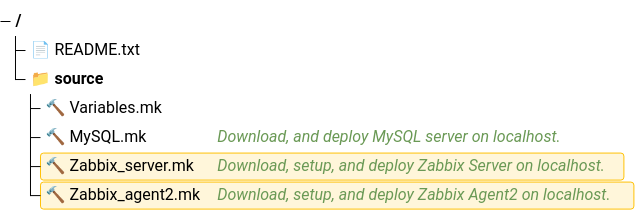
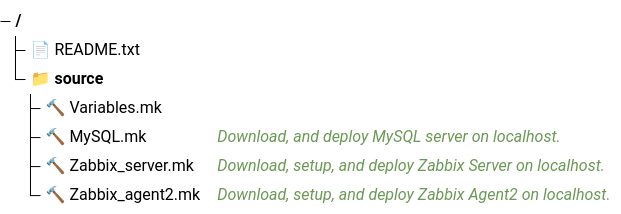
One commit to Zai4ikManiak/Cyber-Security-Study changed the diagram in README.md. Above: the diagram before and after it, drawn with Mermaid.

Commit message:
modified:   README.md

````diff
--- a/README.md
+++ b/README.md
@@ -2,22 +2,15 @@
 ```mermaid
 ---
 config:
-    themeCSS: |
-        .greenHighlight .node-label {
-            background-color: rgba(76, 175, 80, 0.2) !important;
-            border: 1px solid #4CAF50 !important;
-            padding: 2px 6px;
-            border-radius: 4px;
-        }
     treeView:
         showIcons: false
         defaultIconPack: material-icon-theme
 ---
 treeView-beta
     📄 README.txt
     📁 source/ 
         🔨 Variables.mk
-        🔨 MySQL.mk :::greenHighlight ## Download, and deploy MySQL server on localhost.
-        🔨 Zabbix_server.mk :::highlight ## Download, setup, and deploy Zabbix Server on localhost.
-        🔨 Zabbix_agent2.mk :::highlight ## Download, setup, and deploy Zabbix Agent2 on localhost.
+        🔨 MySQL.mk ## Download, and deploy MySQL server on localhost.
+        🔨 Zabbix_server.mk ## Download, setup, and deploy Zabbix Server on localhost.
+        🔨 Zabbix_agent2.mk ## Download, setup, and deploy Zabbix Agent2 on localhost.
 ```
````
